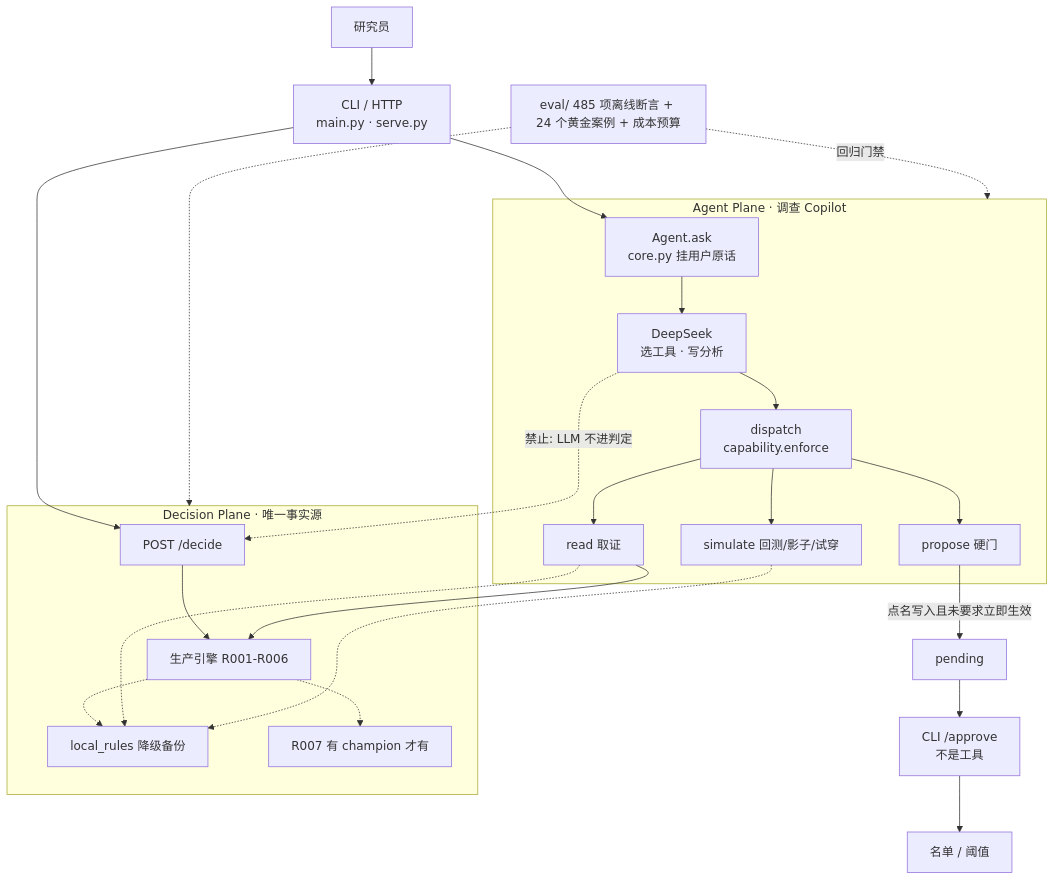
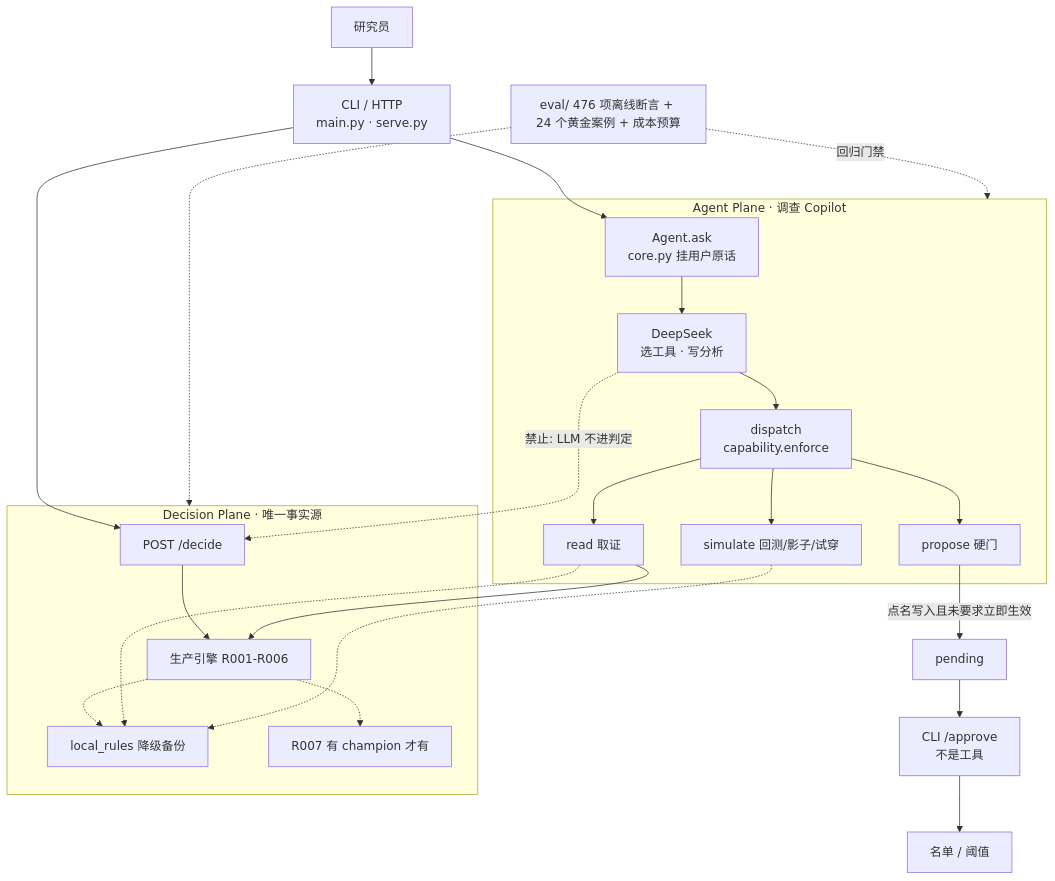
One commit to 1494389516/fengkong-agent changed the diagram in README.md. Above: the diagram before and after it, drawn with Mermaid. The commit also changed other lines of this file, not shown here.

````diff
--- a/README.md
+++ b/README.md
@@ -76,41 +76,41 @@
 ```mermaid
 flowchart TB
     R[研究员] --> CLI["CLI / HTTP<br/>main.py · serve.py"]
     CLI --> ASK
     CLI --> DEC
 
     subgraph AP["Agent Plane · 调查 Copilot"]
         ASK["Agent.ask<br/>core.py 挂用户原话"]
         LLM["DeepSeek<br/>选工具 · 写分析"]
         DISP["dispatch<br/>capability.enforce"]
         READ["read 取证"]
         SIM["simulate 回测/影子/试穿"]
         PROP["propose 硬门"]
         ASK --> LLM --> DISP
         DISP --> READ
         DISP --> SIM
         DISP --> PROP
     end
 
     PROP -->|"点名写入且未要求立即生效"| PEND[pending]
     PEND --> APPR["CLI /approve<br/>不是工具"]
     APPR --> LISTS["名单 / 阈值"]
 
     subgraph DP["Decision Plane · 唯一事实源"]
         DEC["POST /decide"]
         ENG["生产引擎 R001-R006"]
         LOC["local_rules 降级备份"]
         R007["R007 有 champion 才有"]
         DEC --> ENG
         ENG -.-> LOC
         ENG -.-> R007
     end
 
     LLM -.->|禁止: LLM 不进判定| DEC
     READ --> ENG
     READ -.-> LOC
     SIM -.-> LOC
 
-    EVAL[eval/ 485 项离线断言 + 24 个黄金案例 + 成本预算] -. 回归门禁 .-> AP
+    EVAL[eval/ 476 项离线断言 + 24 个黄金案例 + 成本预算] -. 回归门禁 .-> AP
     EVAL -.-> DP
 ```
````
